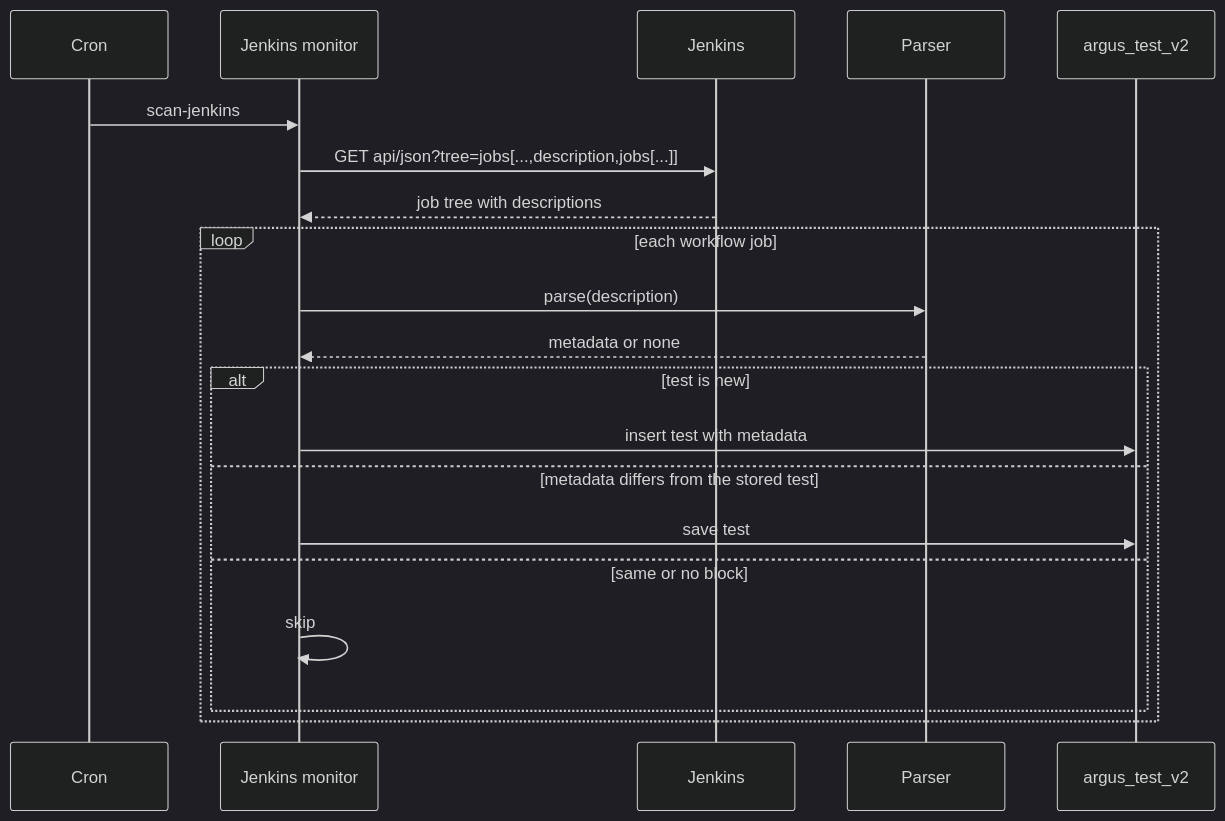
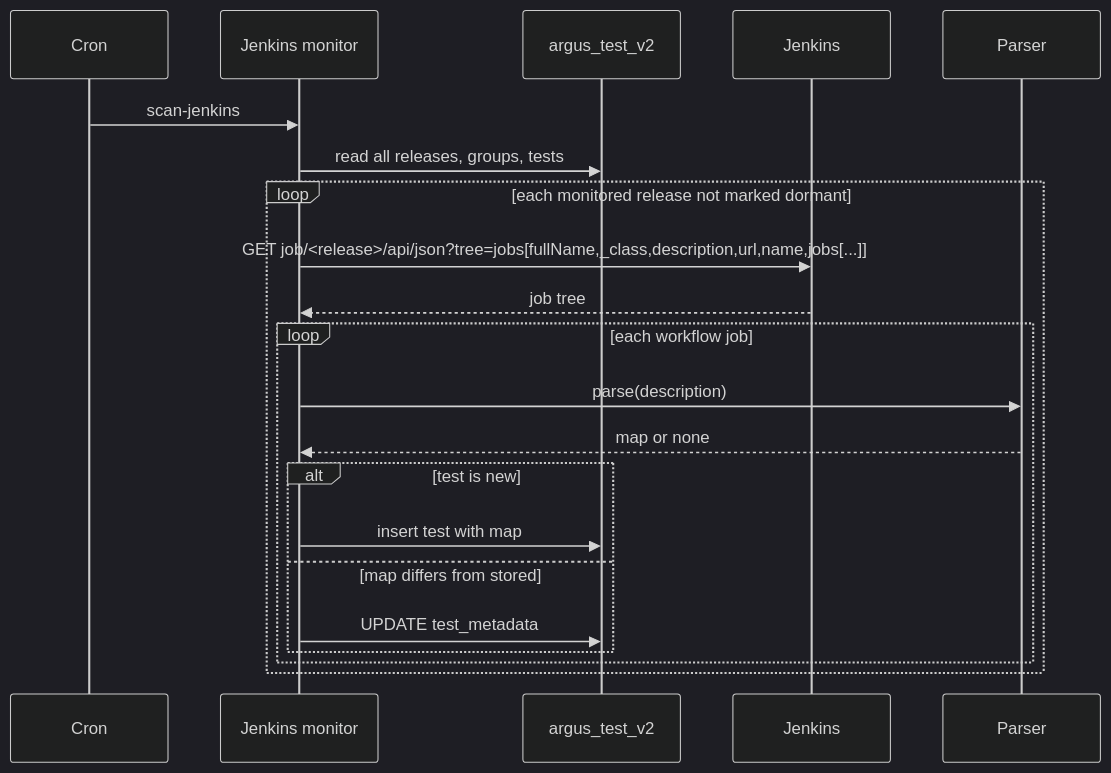
Before and after one commit to scylladb/argus: the diagram in tasks/ARGUS-185/spec.md, drawn with Mermaid (dark theme). The commit also changed other lines of this file, not shown here.

Commit message:
docs(tasks): regenerate the ARGUS-185 spec in the design review format

````diff
--- a/tasks/ARGUS-185/spec.md
+++ b/tasks/ARGUS-185/spec.md
@@ -63,23 +59,24 @@
 ```mermaid
 sequenceDiagram
     participant Cron
     participant Monitor as Jenkins monitor
+    participant DB as argus_test_v2
     participant Jenkins
     participant Parser
-    participant DB as argus_test_v2
 
     Cron->>Monitor: scan-jenkins
-    Monitor->>Jenkins: GET api/json?tree=jobs[...,description,jobs[...]]
-    Jenkins-->>Monitor: job tree with descriptions
-    loop each workflow job
-        Monitor->>Parser: parse(description)
-        Parser-->>Monitor: metadata or none
-        alt test is new
-            Monitor->>DB: insert test with metadata
-        else metadata differs from the stored test
-            Monitor->>DB: save test
-        else same or no block
-            Monitor->>Monitor: skip
+    Monitor->>DB: read all releases, groups, tests
+    loop each monitored release not marked dormant
+        Monitor->>Jenkins: GET job/<release>/api/json?tree=jobs[fullName,_class,description,url,name,jobs[...]]
+        Jenkins-->>Monitor: job tree
+        loop each workflow job
+            Monitor->>Parser: parse(description)
+            Parser-->>Monitor: map or none
+            alt test is new
+                Monitor->>DB: insert test with map
+            else map differs from stored
+                Monitor->>DB: UPDATE test_metadata
+            end
         end
     end
 ```
````
